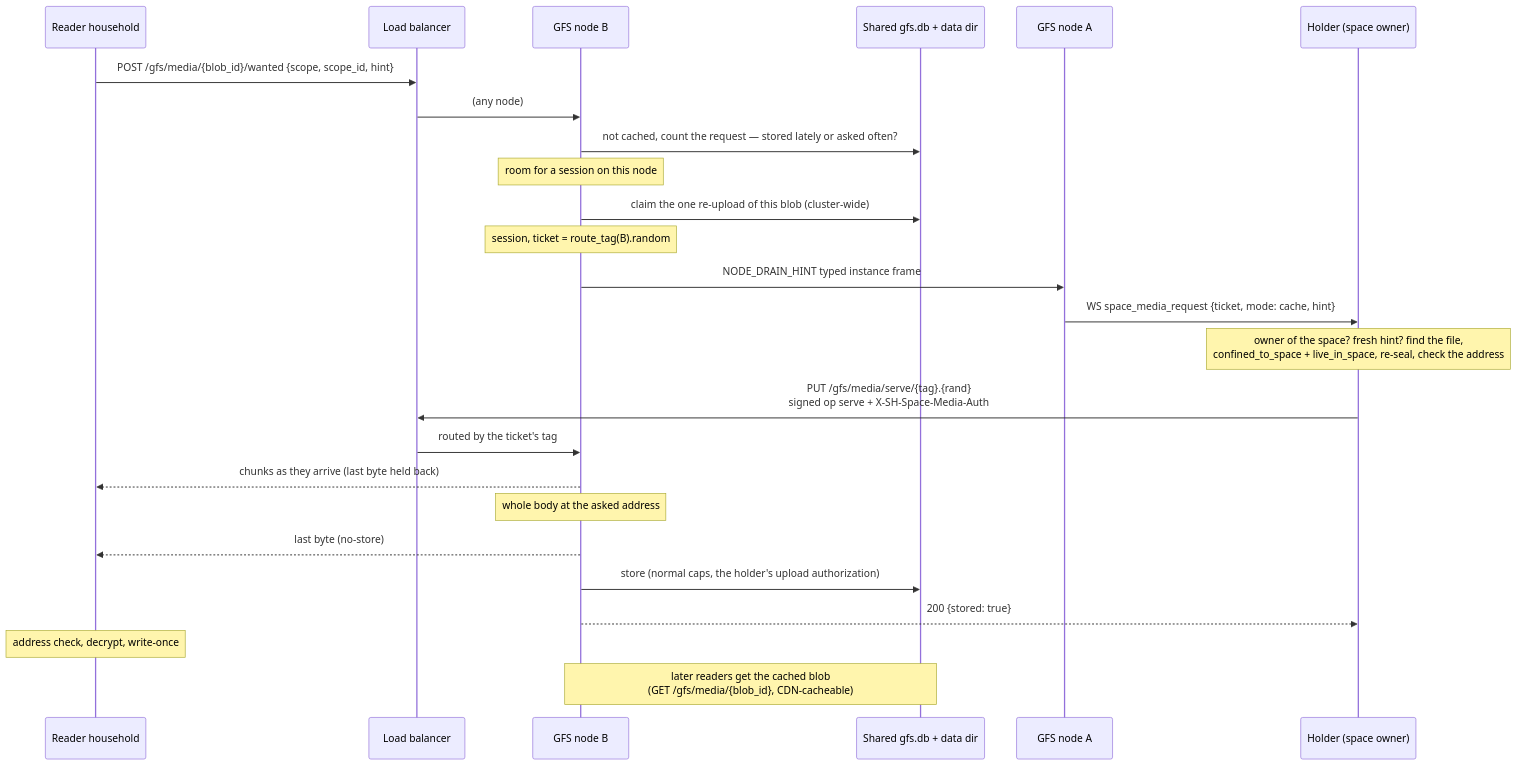
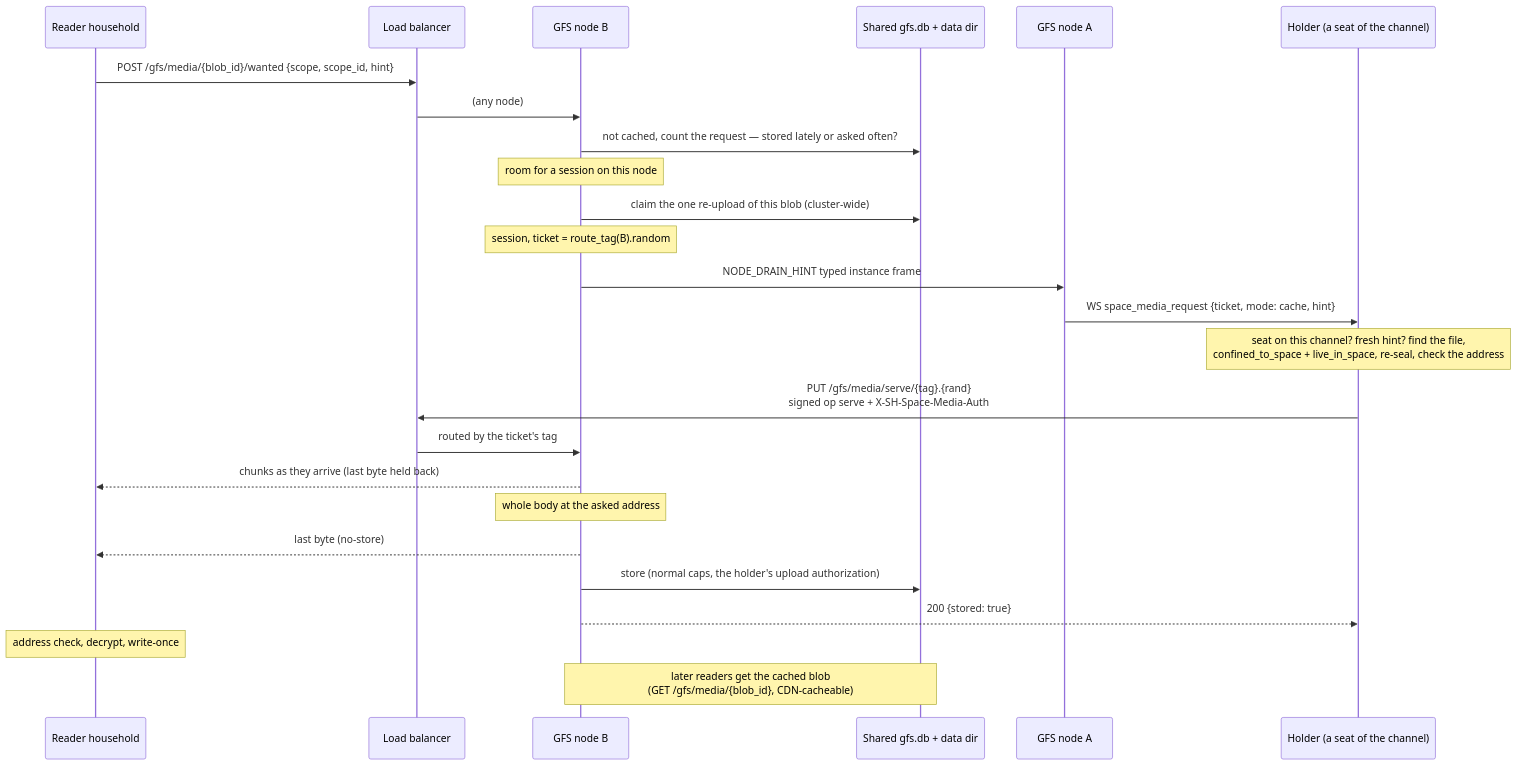
One commit to social-home-io/socialhome changed the fourth of 5 diagrams in docs/protocol/media.md. Above: the diagram before and after it, drawn with Mermaid. The commit also changed other lines of this file and 447 other files, not shown here.

First line of the commit message:
Follow any public or global space with one read-only seat, on every path — and step up to member when you want (#1434)

````diff
--- a/docs/protocol/media.md
+++ b/docs/protocol/media.md
@@ -1165,27 +1163,27 @@
 ```mermaid
 sequenceDiagram
     participant R as Reader household
     participant LB as Load balancer
     participant B as GFS node B
     participant DB as Shared gfs.db + data dir
     participant A as GFS node A
-    participant H as Holder (space owner)
+    participant H as Holder (a seat of the channel)
     R->>LB: POST /gfs/media/{blob_id}/wanted {scope, scope_id, hint}
     LB->>B: (any node)
     B->>DB: not cached, count the request — stored lately or asked often?
     Note over B: room for a session on this node
     B->>DB: claim the one re-upload of this blob (cluster-wide)
     Note over B: session, ticket = route_tag(B).random
     B->>A: NODE_DRAIN_HINT typed instance frame
     A->>H: WS space_media_request {ticket, mode: cache, hint}
-    Note over H: owner of the space? fresh hint? find the file,<br/>confined_to_space + live_in_space, re-seal, check the address
+    Note over H: seat on this channel? fresh hint? find the file,<br/>confined_to_space + live_in_space, re-seal, check the address
     H->>LB: PUT /gfs/media/serve/{tag}.{rand}<br/>signed op serve + X-SH-Space-Media-Auth
     LB->>B: routed by the ticket's tag
     B-->>R: chunks as they arrive (last byte held back)
     Note over B: whole body at the asked address
     B-->>R: last byte (no-store)
     B->>DB: store (normal caps, the holder's upload authorization)
     B-->>H: 200 {stored: true}
     Note over R: address check, decrypt, write-once
     Note over B,DB: later readers get the cached blob<br/>(GET /gfs/media/{blob_id}, CDN-cacheable)
 ```
````
